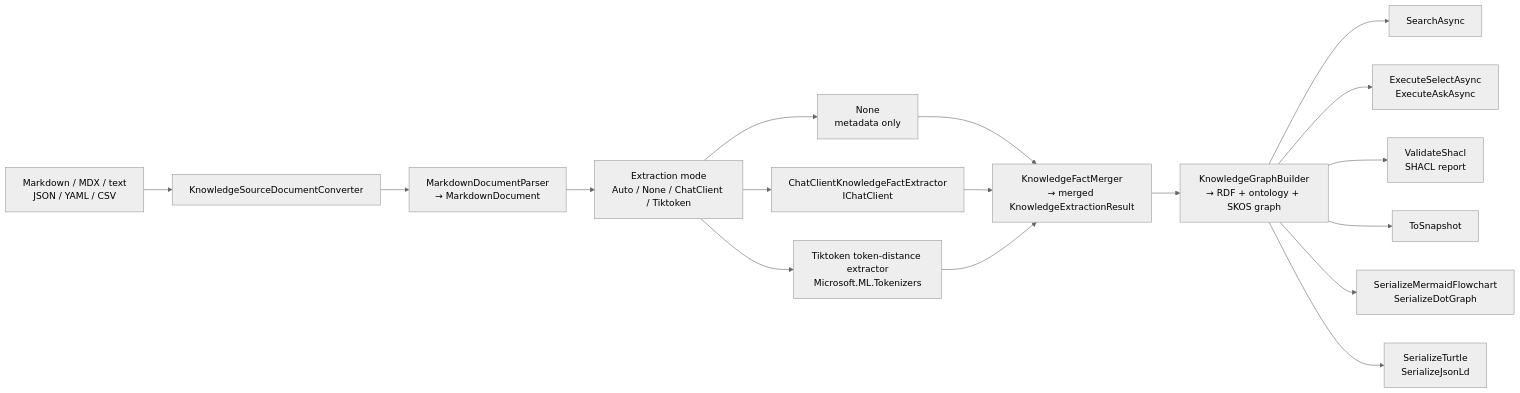
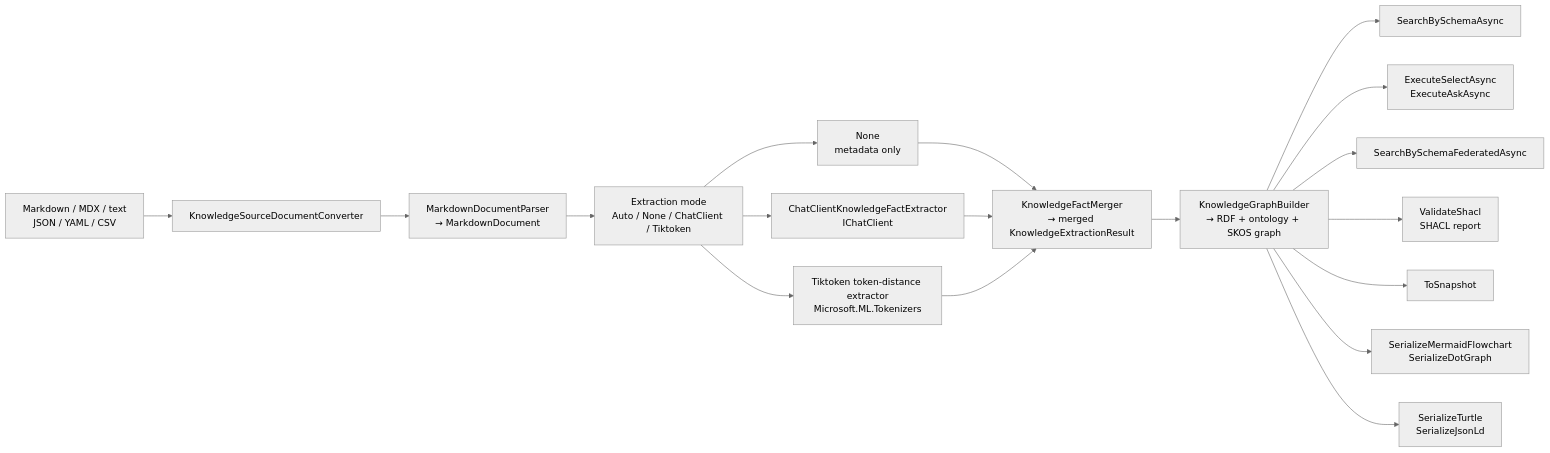
One commit to managedcode/markdown-ld-kb changed the first of 3 diagrams in README.md. Above: the diagram before and after it, drawn with Mermaid (neutral theme). The commit also changed other lines of this file and 37 other files, not shown here.

First line of the commit message:
Add schema-aware graph production pipeline

````diff
--- a/README.md
+++ b/README.md
@@ -20,19 +20,20 @@
 ```mermaid
 flowchart LR
     Source["Markdown / MDX / text\nJSON / YAML / CSV"] --> Converter["KnowledgeSourceDocumentConverter"]
     Converter --> Parser["MarkdownDocumentParser\n→ MarkdownDocument"]
     Parser --> Mode["Extraction mode\nAuto / None / ChatClient / Tiktoken"]
     Mode --> None["None\nmetadata only"]
     Mode --> Chat["ChatClientKnowledgeFactExtractor\nIChatClient"]
     Mode --> Token["Tiktoken token-distance extractor\nMicrosoft.ML.Tokenizers"]
     None --> Merge["KnowledgeFactMerger\n→ merged KnowledgeExtractionResult"]
     Chat --> Merge
     Token --> Merge
     Merge --> Builder["KnowledgeGraphBuilder\n→ RDF + ontology + SKOS graph"]
-    Builder --> Search["SearchAsync"]
+    Builder --> Search["SearchBySchemaAsync"]
     Builder --> Sparql["ExecuteSelectAsync\nExecuteAskAsync"]
+    Builder --> FederatedSearch["SearchBySchemaFederatedAsync"]
     Builder --> Shacl["ValidateShacl\nSHACL report"]
     Builder --> Snap["ToSnapshot"]
     Builder --> Diagram["SerializeMermaidFlowchart\nSerializeDotGraph"]
     Builder --> Export["SerializeTurtle\nSerializeJsonLd"]
 ```
````
